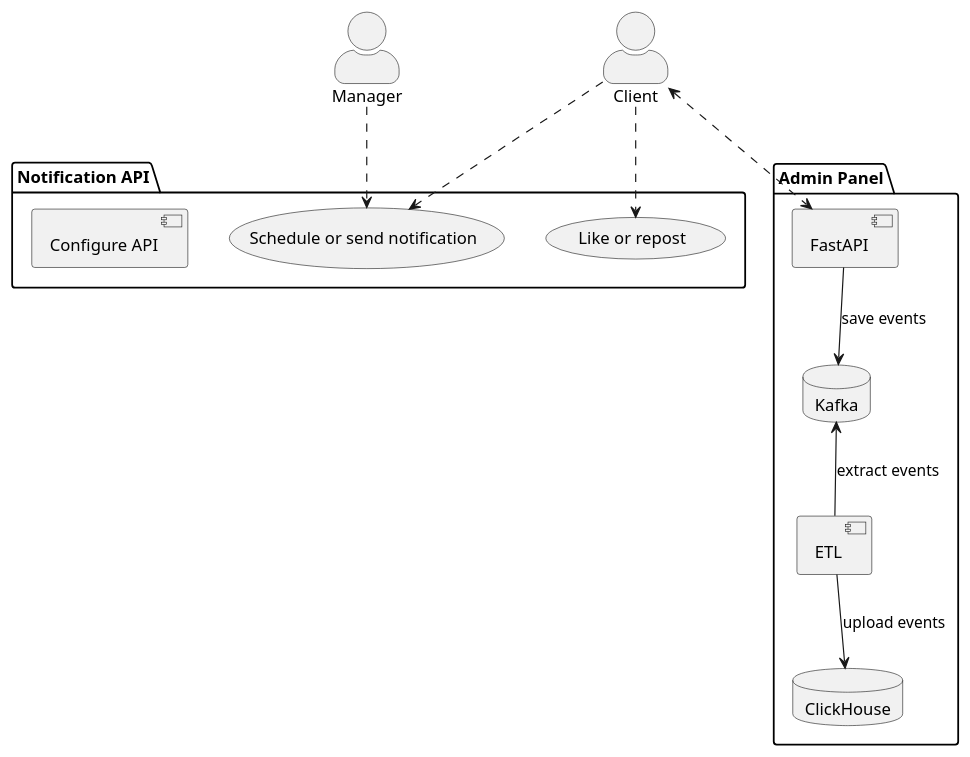
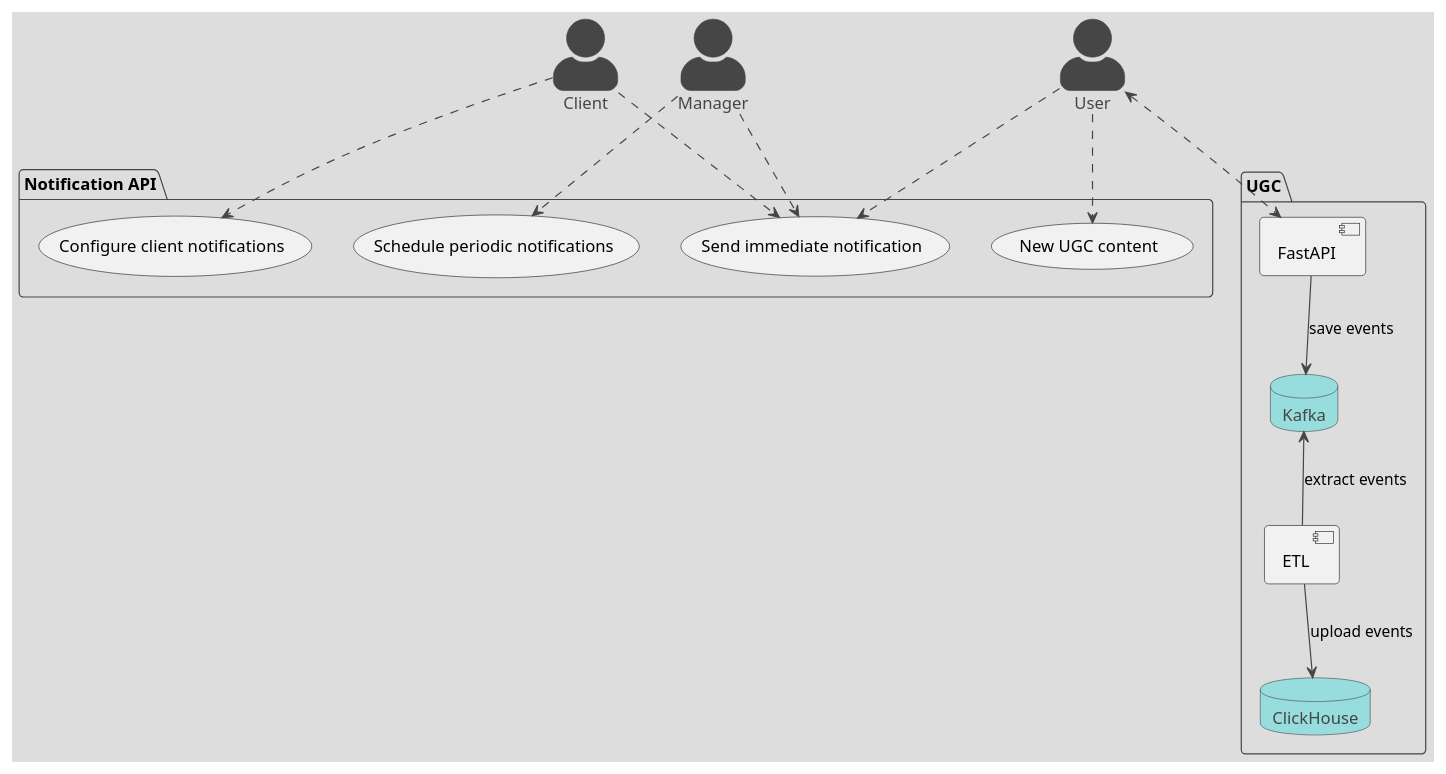
One commit to ilya-spy/notifications_sprint_1 changed the diagram in doc/usecases/solutions.puml. Above: the diagram before and after it, drawn with PlantUML. The commit also changed 1 other file, not shown here.

Commit message:
diagram with ugc

```diff
--- a/doc/usecases/solutions.puml
+++ b/doc/usecases/solutions.puml
@@ -1,35 +1,43 @@
 @startuml
 
 'https://plantuml.com/use-case-diagram'
 skinparam actorStyle awesome
+!theme toy
 
 
 actor Manager
 actor Client
-
+actor User
 
 package "Notification API" {
-    "Like or repost" as (Reaction)
-    "Schedule or send notification" as (Notification)
-    component "Configure API" as config_api
+    "New UGC content" as (Reaction)
+    "Schedule periodic notifications" as (Periodic)
+    "Send immediate notification" as (Notification)
+    "Configure client notifications" as (Account)
+
 }
 
 '''Это черновик, дальше UGC убрать и заменить на Admin Panel"
-package "Admin Panel" {
+package "UGC" {
     component FastAPI as ugc_gate
     database Kafka as ugc_kafka
     component ETL as ugc_etl
     database ClickHouse as ugc_clickhouse
 }
 
 
-Client ..> (Reaction)
+User ..> (Notification)
+User ..> (Reaction)
+User <..> ugc_gate
+
 Client ..> (Notification)
+Client ..> (Account)
 
+Manager ..> (Periodic)
 Manager ..> (Notification)
+
 ugc_gate --> ugc_kafka: save events
 ugc_kafka <-- ugc_etl: extract events
 ugc_etl --> ugc_clickhouse: upload events
-Client <..> ugc_gate
 
 @enduml
```
